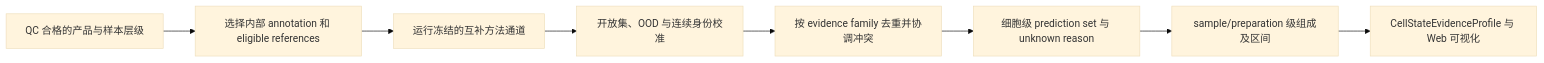
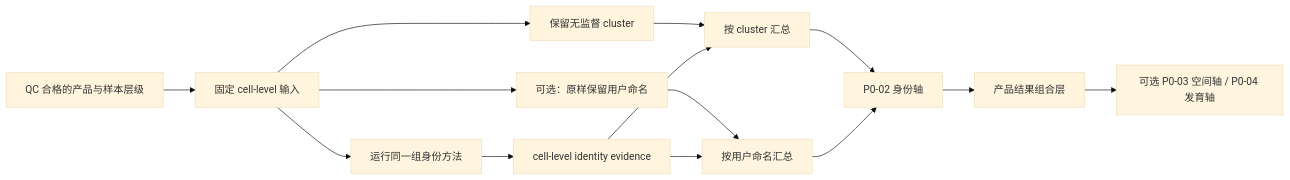
Before and after one commit to starvingarc/BRIDGE: the diagram in docs/bridge_spec_v0.1/cell_state_annotation_task_card.md, drawn with Mermaid (base theme). The commit also changed other lines of this file and 17 other files, not shown here.

````diff
--- a/docs/bridge_spec_v0.1/cell_state_annotation_task_card.md
+++ b/docs/bridge_spec_v0.1/cell_state_annotation_task_card.md
@@ -86,10 +96,16 @@
 ```mermaid
 flowchart LR
-    A["QC 合格的产品与样本层级"] --> B["选择内部 annotation 和 eligible references"]
-    B --> C["运行冻结的互补方法通道"]
-    C --> D["开放集、OOD 与连续身份校准"]
-    D --> E["按 evidence family 去重并协调冲突"]
-    E --> F["细胞级 prediction set 与 unknown reason"]
-    F --> G["sample/preparation 级组成及区间"]
-    G --> H["CellStateEvidenceProfile 与 Web 可视化"]
+    A["QC 合格的产品与样本层级"] --> B["固定 cell-level 输入"]
+    B --> C["运行同一组身份方法"]
+    B --> D["保留无监督 cluster"]
+    B --> E["可选：原样保留用户命名"]
+    C --> F["cell-level identity evidence"]
+    D --> G["按 cluster 汇总"]
+    E --> H["按用户命名汇总"]
+    F --> G
+    F --> H
+    G --> I["P0-02 身份轴"]
+    H --> I
+    I --> J["产品结果组合层"]
+    J --> K["可选 P0-03 空间轴 / P0-04 发育轴"]
 ```
````
